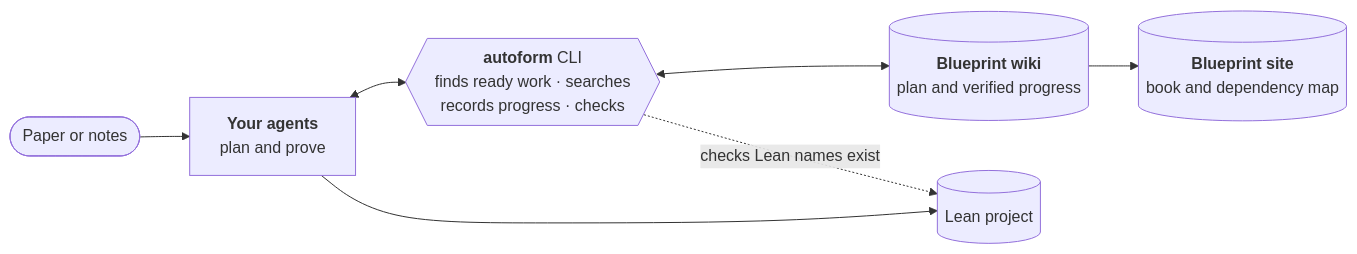
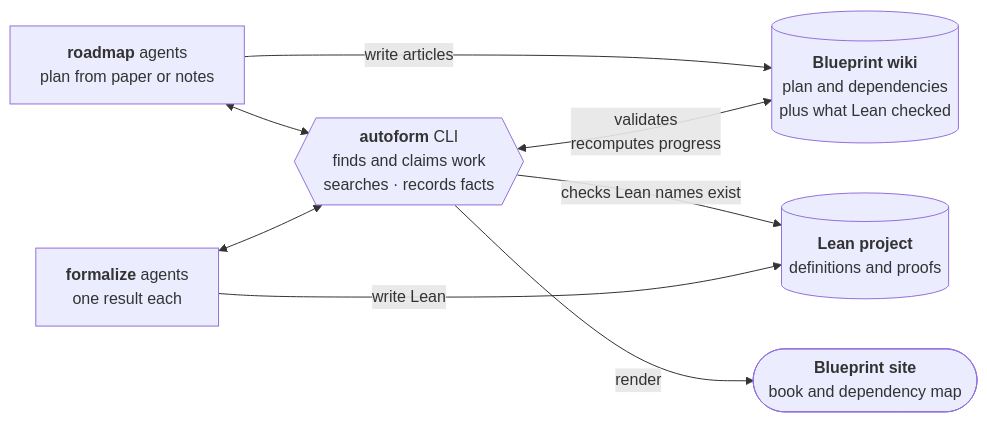
The diagram in README.md (facebookresearch/autoform-bot), drawn with Mermaid before and after one commit. The commit also changed other lines of this file, not shown here.

First line of the commit message:
README: show how the autoform CLI keeps the blueprint's contract

````diff
--- a/README.md
+++ b/README.md
@@ -18,9 +20,9 @@
 ```mermaid
 flowchart LR
-  source(["Paper or notes"]) --> agents["<b>Your agents</b><br>plan and prove"]
-  agents <--> cli{{"<b>autoform</b> CLI<br>finds ready work · searches<br>records progress · checks"}}
-  cli <--> wiki[("<b>Blueprint wiki</b><br>plan and verified progress")]
-  agents --> lean[("Lean project")]
-  cli -.->|"checks Lean names exist"| lean
-  wiki --> site[("<b>Blueprint site</b><br>book and dependency map")]
+  cli{{"<b>autoform</b> CLI<br>finds and claims work<br>searches · records facts"}}
+  plan -->|"write articles"| wiki[("<b>Blueprint wiki</b><br>plan and dependencies<br>plus what Lean checked")]
+  plan["<b>roadmap</b> agents<br>plan from paper or notes"] <--> cli <-->|"validates<br>recomputes progress"| wiki
+  prove["<b>formalize</b> agents<br>one result each"] <--> cli -->|"checks Lean names exist"| lean
+  prove -->|"write Lean"| lean[("<b>Lean project</b><br>definitions and proofs")]
+  cli -->|"render"| site(["<b>Blueprint site</b><br>book and dependency map"])
 ```
````
